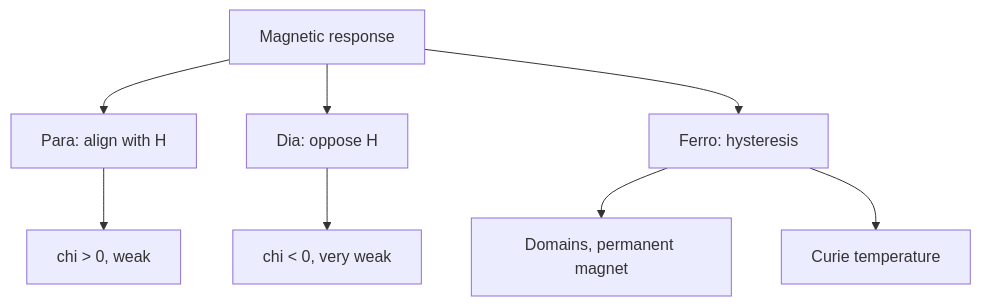
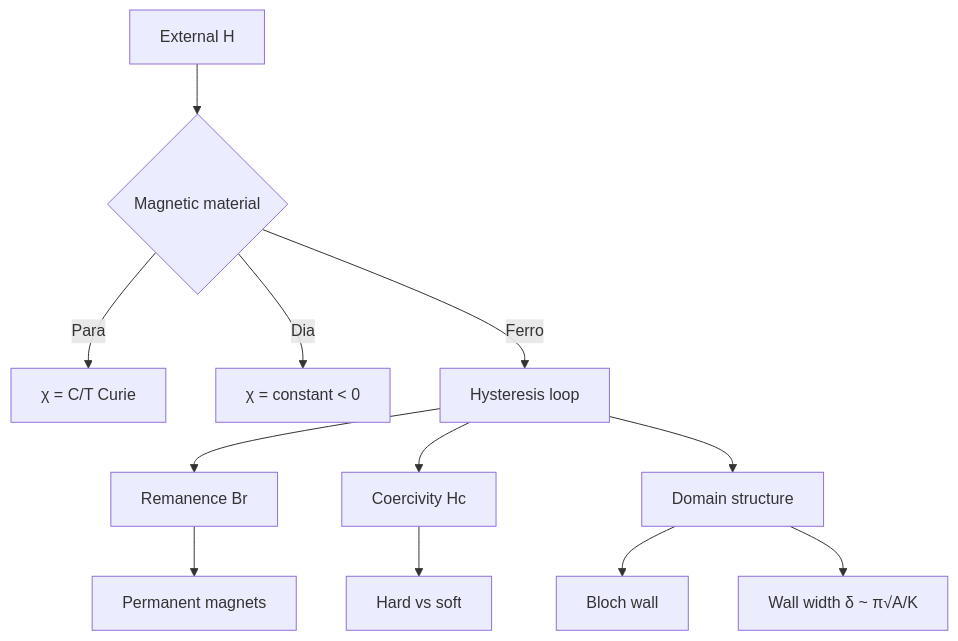
The tenth of 10 diagrams in 01_BSc_Physics/electives/PHYS_3053_Honors_Electricity_Magnetism_I/README.md (yip-lgtm/PhysicsSelfStudy), drawn with Mermaid before and after one commit. The commit also changed other lines of this file and 21 other files, not shown here.

````diff
--- a/01_BSc_Physics/electives/PHYS_3053_Honors_Electricity_Magnetism_I/README.md
+++ b/01_BSc_Physics/electives/PHYS_3053_Honors_Electricity_Magnetism_I/README.md
@@ -160,10 +594,14 @@
 ```mermaid
 graph TD
-    A[Magnetic response] --> B[Para: align with H]
-    A --> C[Dia: oppose H]
-    A --> D[Ferro: hysteresis]
-    B --> E[chi > 0, weak]
-    C --> F[chi < 0, very weak]
-    D --> G[Domains, permanent magnet]
-    D --> H[Curie temperature]
+    A[External H] --> B{Magnetic material}
+    B -->|Para| C[χ = C/T Curie]
+    B -->|Dia| D[χ = constant < 0]
+    B -->|Ferro| E[Hysteresis loop]
+    E --> F[Remanence Br]
+    E --> G[Coercivity Hc]
+    E --> H[Domain structure]
+    H --> I[Bloch wall]
+    H --> J[Wall width δ ~ π√A/K]
+    F --> K[Permanent magnets]
+    G --> L[Hard vs soft]
 ```
````
